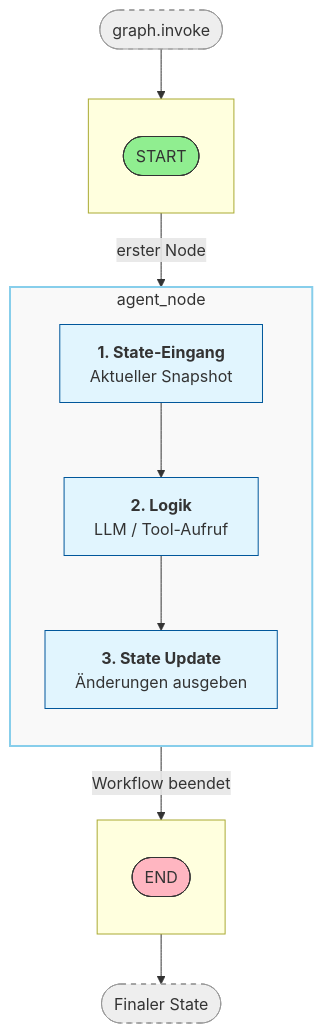
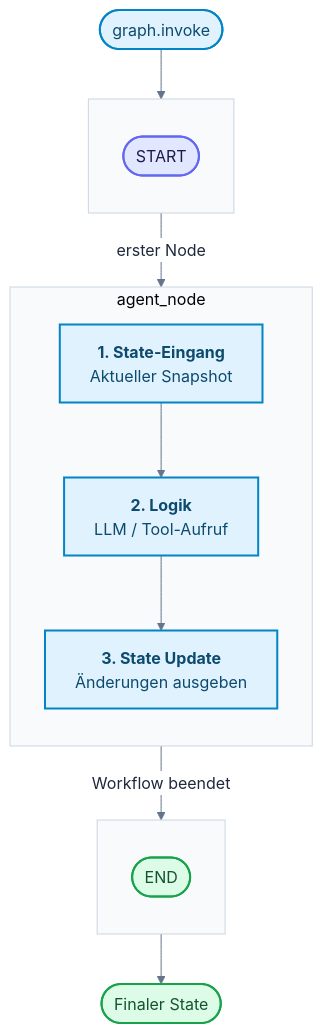
One commit to ralf-42/GenAI changed the second of 7 diagrams in docs/06-frameworks/einsteiger-langgraph.md. Above: the diagram before and after it, drawn with Mermaid. The commit also changed other lines of this file and 25 other files, not shown here.

````diff
--- a/docs/06-frameworks/einsteiger-langgraph.md
+++ b/docs/06-frameworks/einsteiger-langgraph.md
@@ -159,41 +179,55 @@
 ```mermaid
+---
+config:
+  theme: base
+  look: classic
+  themeVariables:
+    primaryColor: '#e0f2fe'
+    primaryBorderColor: '#0284c7'
+    primaryTextColor: '#1e293b'
+    lineColor: '#64748b'
+    clusterBkg: '#f8fafc'
+    clusterBorder: '#cbd5e1'
+    noteBkgColor: '#fef3c7'
+    noteBorderColor: '#d97706'
+    noteTextColor: '#78350f'
+    edgeLabelBackground: '#ffffff'
+---
+
 flowchart TD
     %% Einstiegspunkt
     INVOKE([graph.invoke]) --> START
 
     %% Hauptknoten
     subgraph START_NODE [ ]
         direction TB
         START([START])
     end
 
     subgraph AGENT_NODE [agent_node]
         direction TB
         StateIn[<b>1. State-Eingang</b><br/>Aktueller Snapshot]
         LLM[<b>2. Logik</b><br/>LLM / Tool-Aufruf]
         Update[<b>3. State Update</b><br/>Änderungen ausgeben]
 
         StateIn --> LLM
         LLM --> Update
     end
 
     subgraph END_NODE [ ]
         direction TB
         END([END])
     end
 
     %% Verbindungen
     START -->|erster Node| AGENT_NODE
     AGENT_NODE -->|Workflow beendet| END
     END --> RESULT([Finaler State])
 
-    %% Styling
-    style START fill:#90EE90,stroke:#333
-    style END fill:#FFB6C1,stroke:#333
-    style AGENT_NODE fill:#f9f9f9,stroke:#87CEEB,stroke-width:2px
-    style StateIn fill:#E1F5FE,stroke:#01579B
-    style LLM fill:#E1F5FE,stroke:#01579B
-    style Update fill:#E1F5FE,stroke:#01579B
-    style INVOKE fill:#eeeeee,stroke:#999,stroke-dasharray: 5 5
-    style RESULT fill:#eeeeee,stroke:#999,stroke-dasharray: 5 5
+%% Funktionsfarben nach Mermaid_Best_Practices.md
+classDef default fill:#e0f2fe,stroke:#0284c7,stroke-width:2px,color:#0c4a6e;
+classDef input fill:#e0e7ff,stroke:#6366f1,stroke-width:2px,color:#1e1b4b;
+classDef output fill:#dcfce7,stroke:#16a34a,stroke-width:2px,color:#14532d;
+class START input;
+class END,RESULT output;
 ```
````
